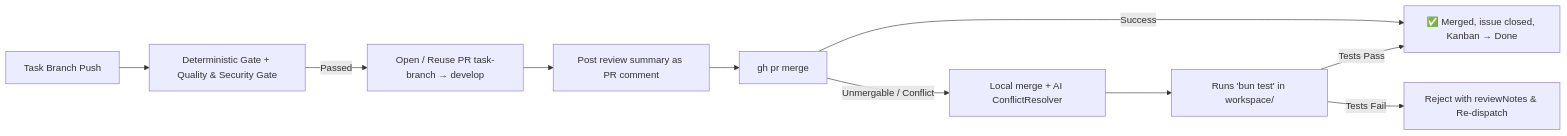
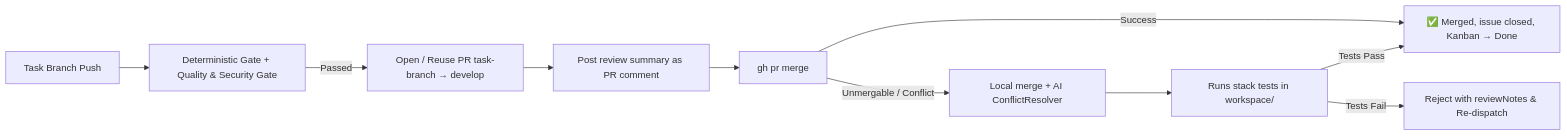
Before and after one commit to Taiizor/Orchestrator: the third of 3 diagrams in README.md, drawn with Mermaid. The commit also changed other lines of this file and 27 other files, not shown here.

````diff
--- a/README.md
+++ b/README.md
@@ -106,13 +106,13 @@
 ```mermaid
 flowchart LR
     A[Task Branch Push] --> B[Deterministic Gate + Quality & Security Gate]
     B -->|Passed| C[Open / Reuse PR task-branch → develop]
     C --> D[Post review summary as PR comment]
 
     D --> E[gh pr merge]
     E -->|Success| F[✅ Merged, issue closed, Kanban → Done]
     E -->|Unmergable / Conflict| G[Local merge + AI ConflictResolver]
-    G --> H[Runs 'bun test' in workspace/]
+    G --> H[Runs stack tests in workspace/]
     H -->|Tests Pass| F
     H -->|Tests Fail| I[Reject with reviewNotes & Re-dispatch]
 ```
````
